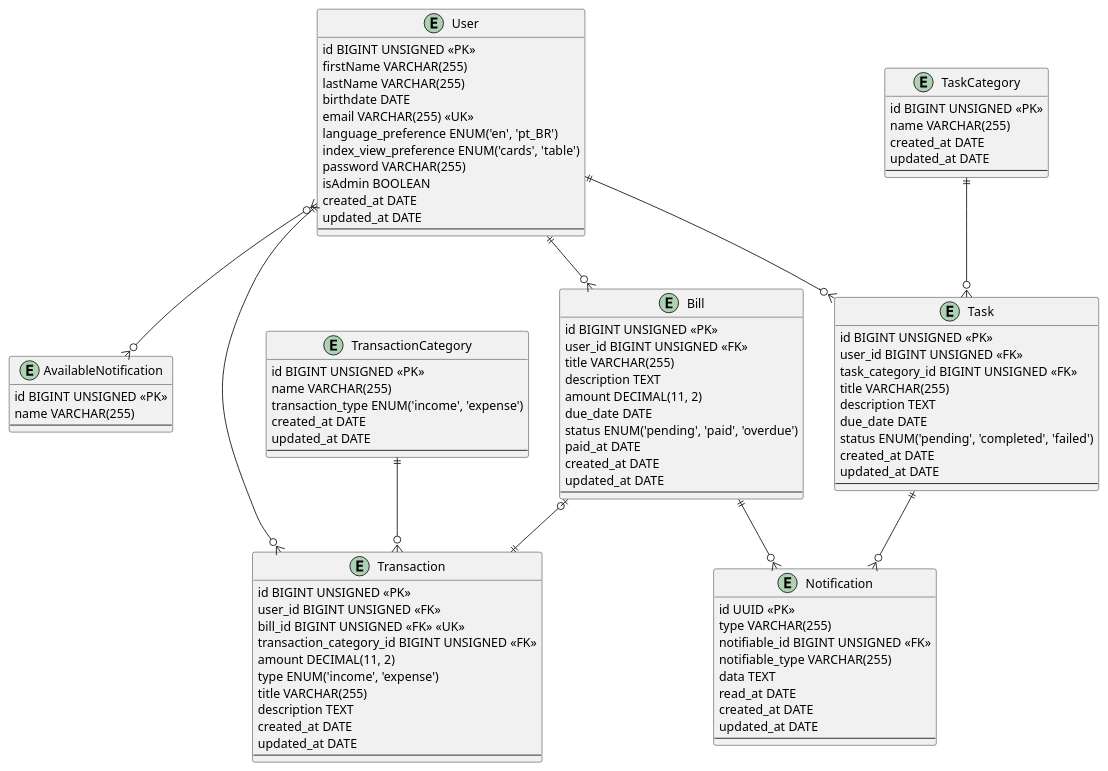
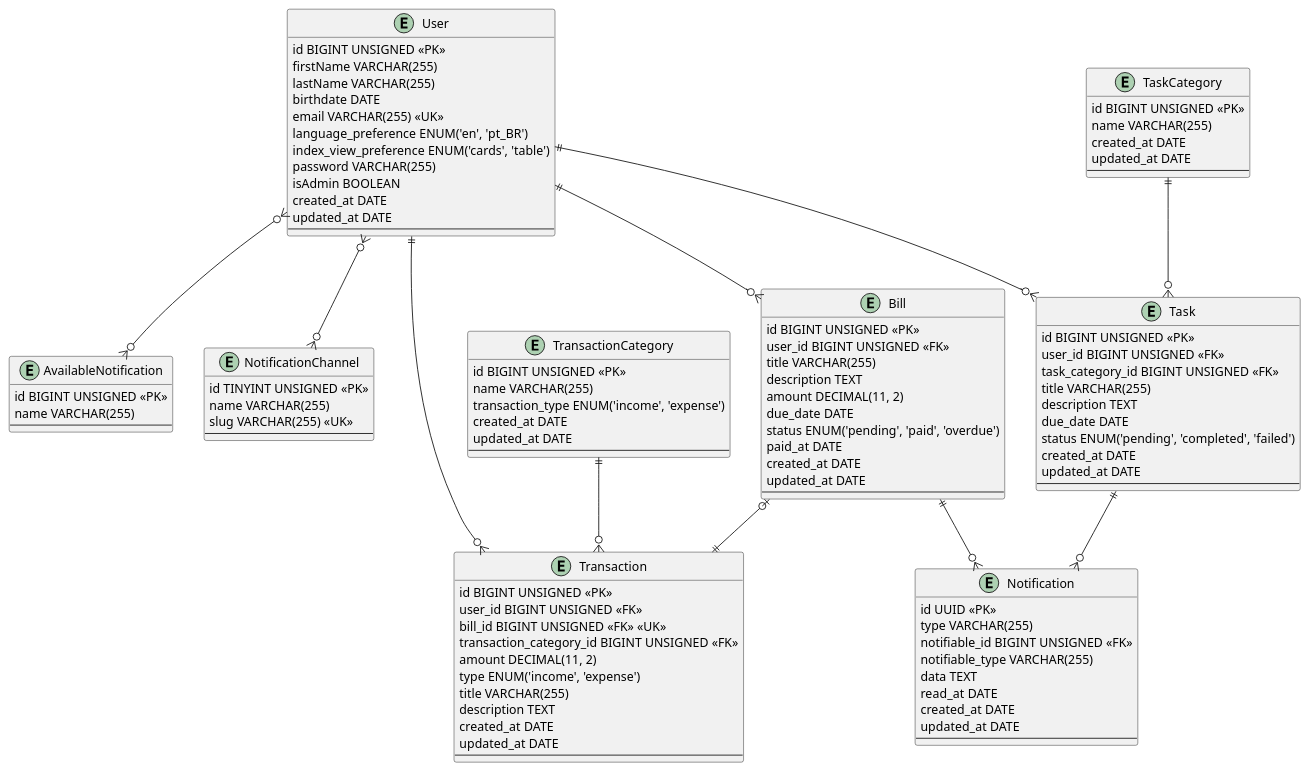
One commit to augusto-dmh/your-guardian changed the diagram in database/design/erd.plantuml. Above: the diagram before and after it, drawn with PlantUML. The commit also changed 2 other files, not shown here.

```diff
--- a/database/design/erd.plantuml
+++ b/database/design/erd.plantuml
@@ -1,105 +1,113 @@
 @startuml erd
 
 entity User {
     id BIGINT UNSIGNED <<PK>>
     firstName VARCHAR(255)
     lastName VARCHAR(255)
     birthdate DATE
     email VARCHAR(255) <<UK>>
     language_preference ENUM('en', 'pt_BR')
     index_view_preference ENUM('cards', 'table')
     password VARCHAR(255)
     isAdmin BOOLEAN
     created_at DATE
     updated_at DATE
     --
 }
 
 entity Transaction {
     id BIGINT UNSIGNED <<PK>>
     user_id BIGINT UNSIGNED <<FK>>
     bill_id BIGINT UNSIGNED <<FK>> <<UK>>
     transaction_category_id BIGINT UNSIGNED <<FK>>
     amount DECIMAL(11, 2)
     type ENUM('income', 'expense')
     title VARCHAR(255)
     description TEXT
     created_at DATE
     updated_at DATE
     --
 }
 
 entity Bill {
     id BIGINT UNSIGNED <<PK>>
     user_id BIGINT UNSIGNED <<FK>>
     title VARCHAR(255)
     description TEXT
     amount DECIMAL(11, 2)
     due_date DATE
     status ENUM('pending', 'paid', 'overdue')
     paid_at DATE
     created_at DATE
     updated_at DATE
     --
 }
 
 entity Notification {
     id UUID <<PK>>
     type VARCHAR(255)
     notifiable_id BIGINT UNSIGNED <<FK>>
     notifiable_type VARCHAR(255)
     data TEXT
     read_at DATE
     created_at DATE
     updated_at DATE
     --
 }
 
 entity AvailableNotification {
     id BIGINT UNSIGNED <<PK>>
     name VARCHAR(255)
     --
 }
 
+entity NotificationChannel {
+    id TINYINT UNSIGNED <<PK>>
+    name VARCHAR(255)
+    slug VARCHAR(255) <<UK>>
+    --
+}
+
 entity Task {
     id BIGINT UNSIGNED <<PK>>
     user_id BIGINT UNSIGNED <<FK>>
     task_category_id BIGINT UNSIGNED <<FK>>
     title VARCHAR(255)
     description TEXT
     due_date DATE
     status ENUM('pending', 'completed', 'failed')
     created_at DATE
     updated_at DATE
     --
 }
 
 entity TransactionCategory {
     id BIGINT UNSIGNED <<PK>>
     name VARCHAR(255)
     transaction_type ENUM('income', 'expense')
     created_at DATE
     updated_at DATE
     --
 }
 
 entity TaskCategory {
     id BIGINT UNSIGNED <<PK>>
     name VARCHAR(255)
     created_at DATE
     updated_at DATE
     --
 }
 
 
 User ||--o{ Transaction
 User ||--o{ Bill
 Bill ||--o{ Notification
 Task ||--o{ Notification
 User ||--o{ Task
 User }o--o{ AvailableNotification
+User }o--o{ NotificationChannel
 TaskCategory ||--o{ Task
 TransactionCategory ||--o{ Transaction
 Bill |o--|| Transaction
 
 @enduml
```
